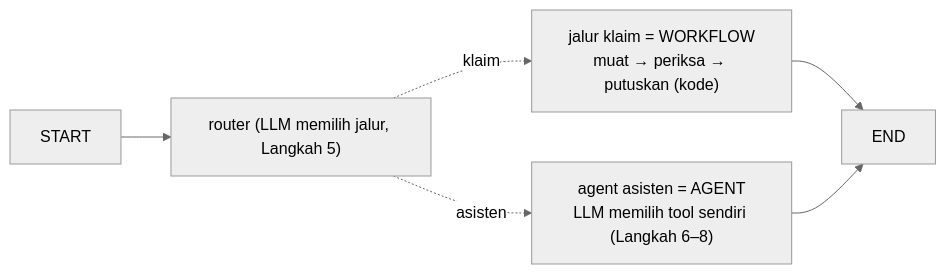
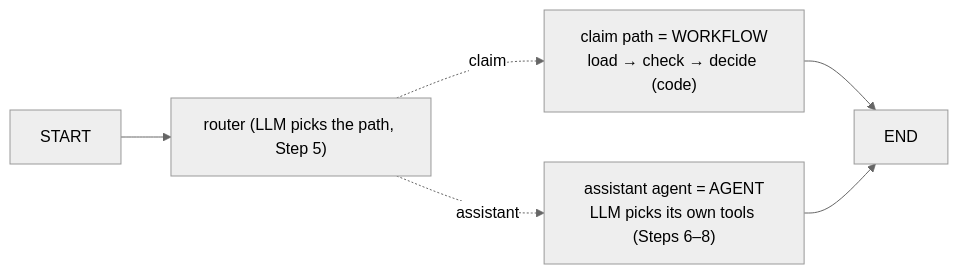
The first of 13 diagrams in LAB.md (bilalbayasut/langgraph-klaim-lab), drawn with Mermaid (neutral theme) before and after one commit. The commit also changed other lines of this file and 78 other files, not shown here.

````diff
--- a/LAB.md
+++ b/LAB.md
@@ -285,8 +285,8 @@
 ```mermaid
 flowchart LR
-  START --> router["router (LLM memilih jalur, Langkah 5)"]
-  router -.klaim.-> W["jalur klaim = WORKFLOW<br/>muat → periksa → putuskan (kode)"]
-  router -.asisten.-> A["agent asisten = AGENT<br/>LLM memilih tool sendiri (Langkah 6–8)"]
+  START --> router["router (LLM picks the path, Step 5)"]
+  router -.claim.-> W["claim path = WORKFLOW<br/>load → check → decide (code)"]
+  router -.assistant.-> A["assistant agent = AGENT<br/>LLM picks its own tools (Steps 6–8)"]
   W --> END
   A --> END
 ```
````
